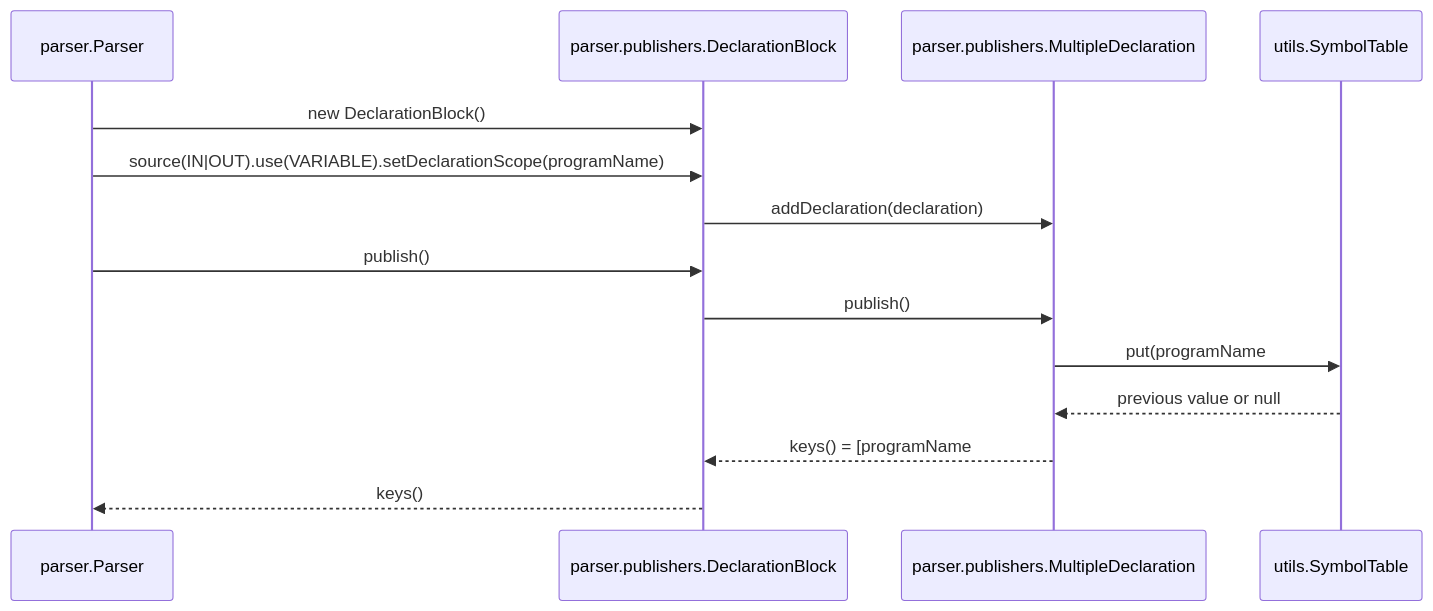
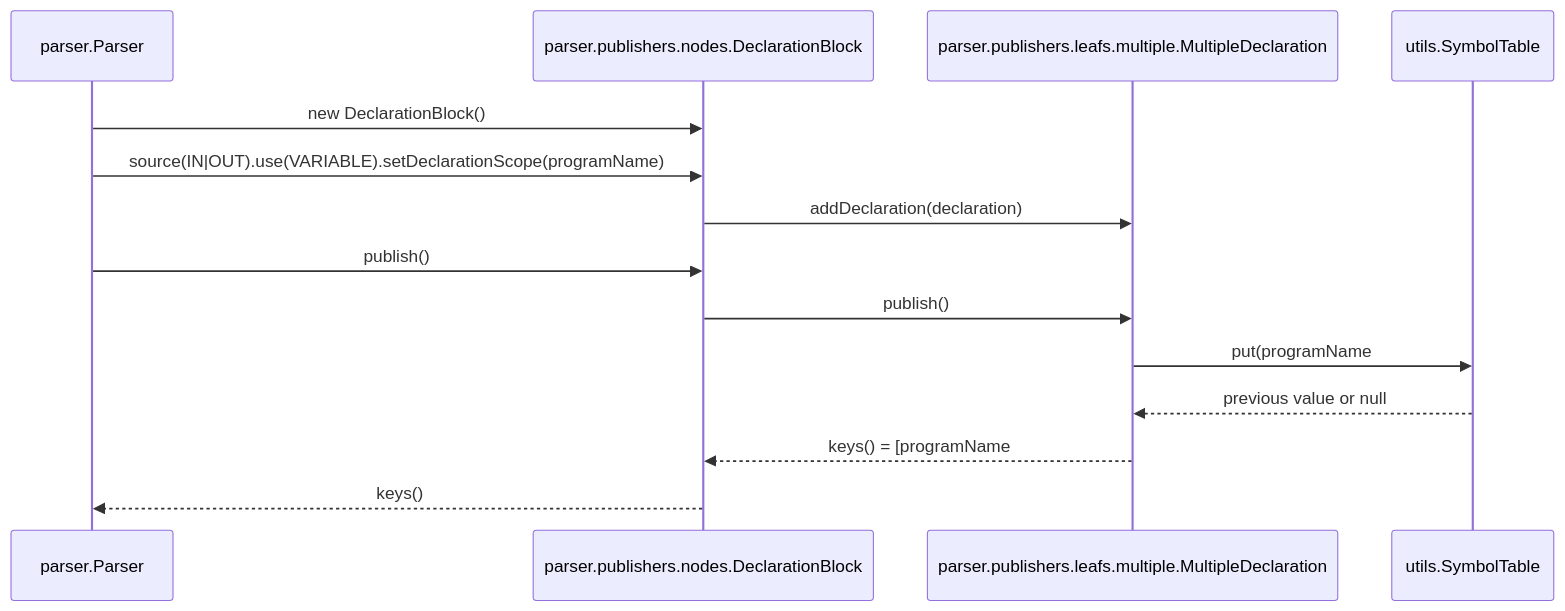
The fifth of 6 diagrams in doc/modules/parser.md (PascalUser/FLC-IEC61131-7), drawn with Mermaid before and after one commit. The commit also changed other lines of this file and 41 other files, not shown here.

````diff
--- a/doc/modules/parser.md
+++ b/doc/modules/parser.md
@@ -641,17 +641,17 @@
 ```mermaid
 sequenceDiagram
     participant Parser as parser.Parser
-    participant PD as parser.publishers.DeclarationBlock
-    participant MD as parser.publishers.MultipleDeclaration
+    participant PD as parser.publishers.nodes.DeclarationBlock
+    participant MD as parser.publishers.leafs.multiple.MultipleDeclaration
     participant ST as utils.SymbolTable
 
     Parser->>PD: new DeclarationBlock()
     Parser->>PD: source(IN|OUT).use(VARIABLE).setDeclarationScope(programName)
     PD->>MD: addDeclaration(declaration)
     Parser->>PD: publish()
     PD->>MD: publish()
     MD->>ST: put(programName#identifier, builder.build()) for each identifier
     ST-->>MD: previous value or null
     MD-->>PD: keys() = [programName#id1, programName#id2]
     PD-->>Parser: keys()
 ```
````
